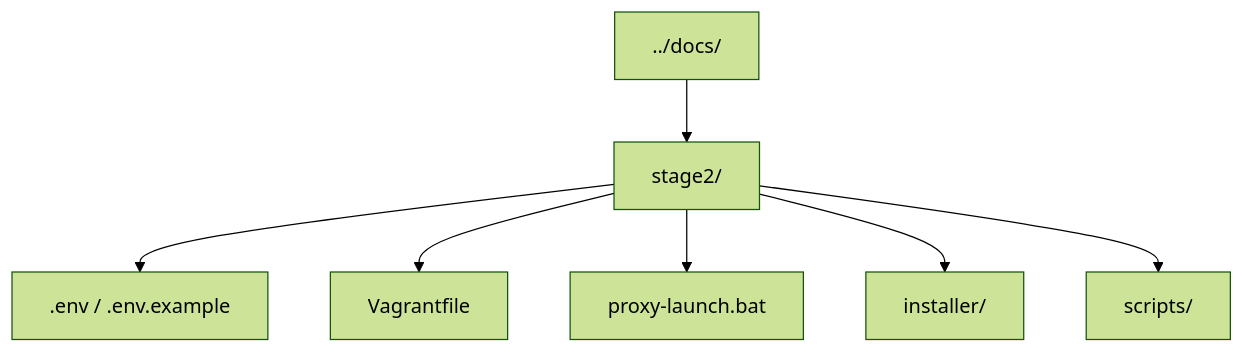
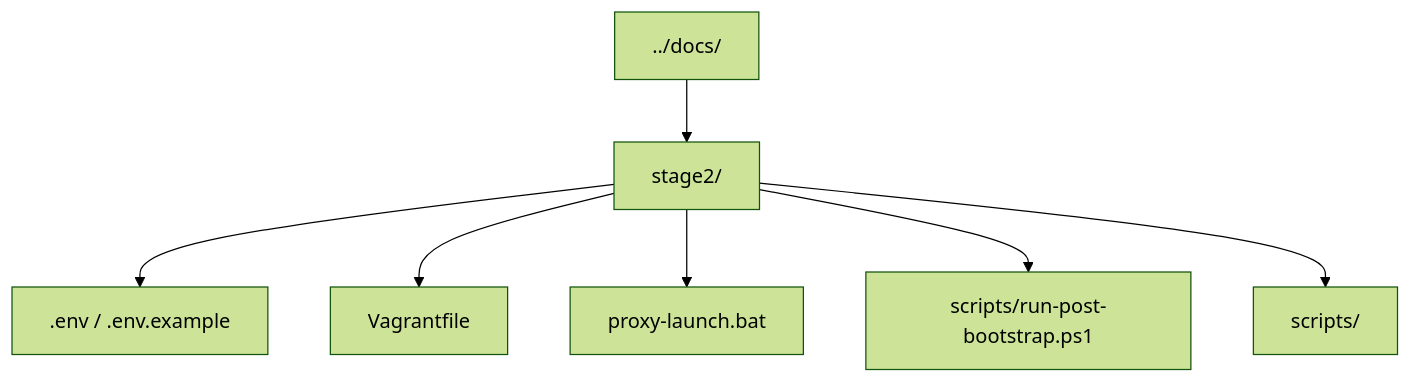
One commit to avryahov/k8s-lab-virtualbox-win-local changed the first of 3 diagrams in stage2/README.md. Above: the diagram before and after it, drawn with Mermaid (forest theme). The commit also changed other lines of this file and 4 other files, not shown here.

Commit message:
feature/stage2-post-bootstrap: add core post-bootstrap automation

````diff
--- a/stage2/README.md
+++ b/stage2/README.md
@@ -12,17 +11,17 @@
 ```mermaid
 flowchart TB
     stage2["stage2/"]
     env[".env / .env.example"]
     vagrantfile["Vagrantfile"]
     proxy["proxy-launch.bat"]
-    installer["installer/"]
+    postboot["scripts/run-post-bootstrap.ps1"]
     scripts["scripts/"]
     docs["../docs/"]
 
     stage2 --> env
     stage2 --> vagrantfile
     stage2 --> proxy
-    stage2 --> installer
+    stage2 --> postboot
     stage2 --> scripts
     docs --> stage2
 ```
````
